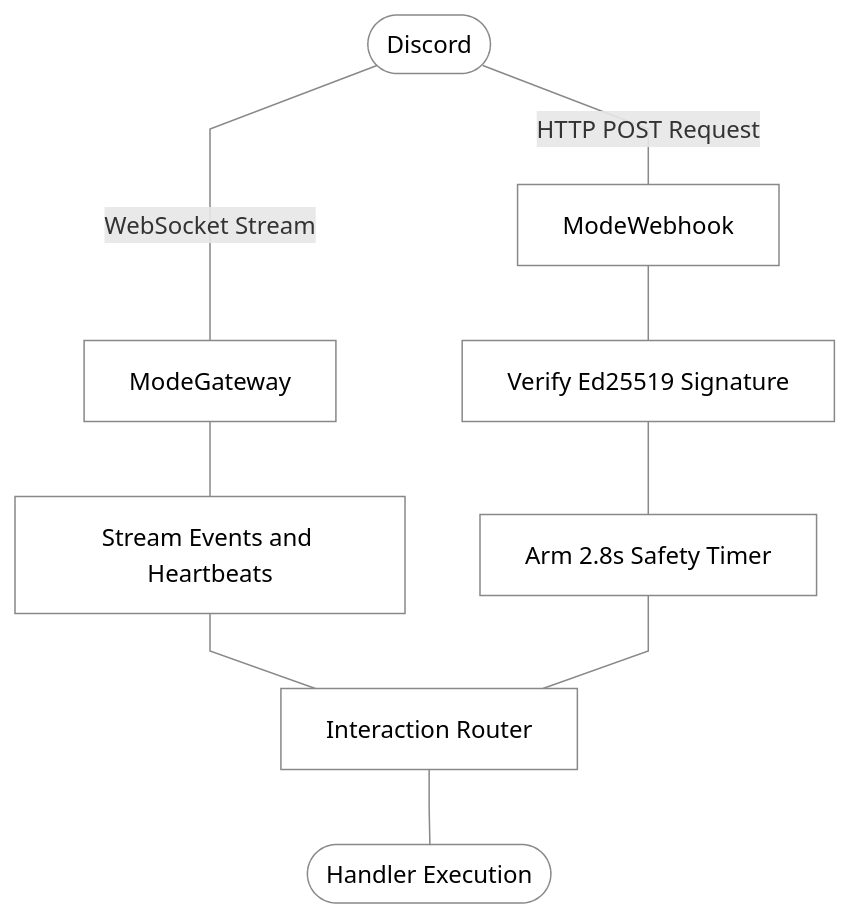
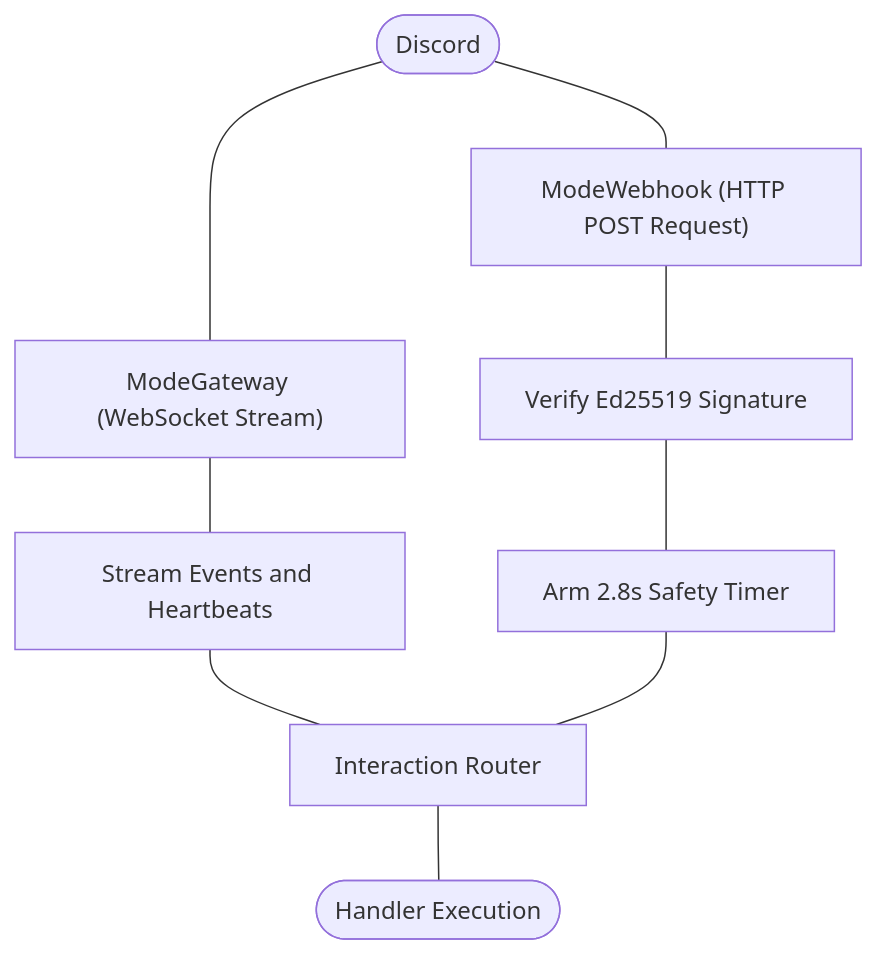
One commit to sfossl/gdk changed the diagram in .docs/transports.md. Above: the diagram before and after it, drawn with Mermaid. The commit also changed 4 other files, not shown here.

Commit message:
update diagrams

````diff
--- a/.docs/transports.md
+++ b/.docs/transports.md
@@ -9,17 +9,18 @@
 ```mermaid
-%%{init: {'flowchart': {'curve': 'linear'}, 'themeVariables': {'lineColor': '#888'}}}%%
 flowchart TD
-    classDef default fill:transparent,stroke:#888,stroke-width:1px,color:inherit
+    Discord(["Discord"])
+    GW["ModeGateway (WebSocket Stream)"]
+    WH["ModeWebhook (HTTP POST Request)"]
 
-    Discord(["Discord"]) ---|WebSocket Stream| GW["ModeGateway"]
-    Discord ---|HTTP POST Request| WH["ModeWebhook"]
+    Discord --- GW
+    Discord --- WH
 
     GW --- Events["Stream Events and Heartbeats"]
     WH --- Verify["Verify Ed25519 Signature"]
 
     Events --- Router["Interaction Router"]
     Verify --- Timer["Arm 2.8s Safety Timer"]
     Timer --- Router
 
     Router --- Handler(["Handler Execution"])
 ```
````
